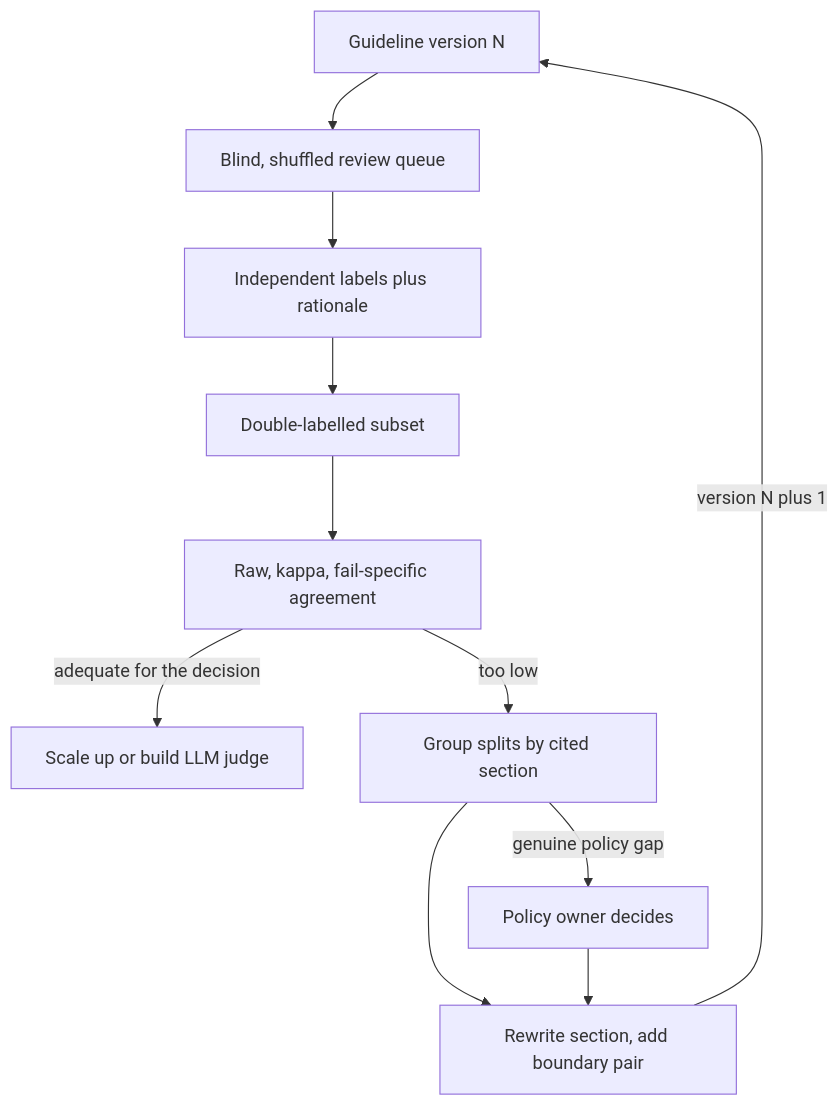
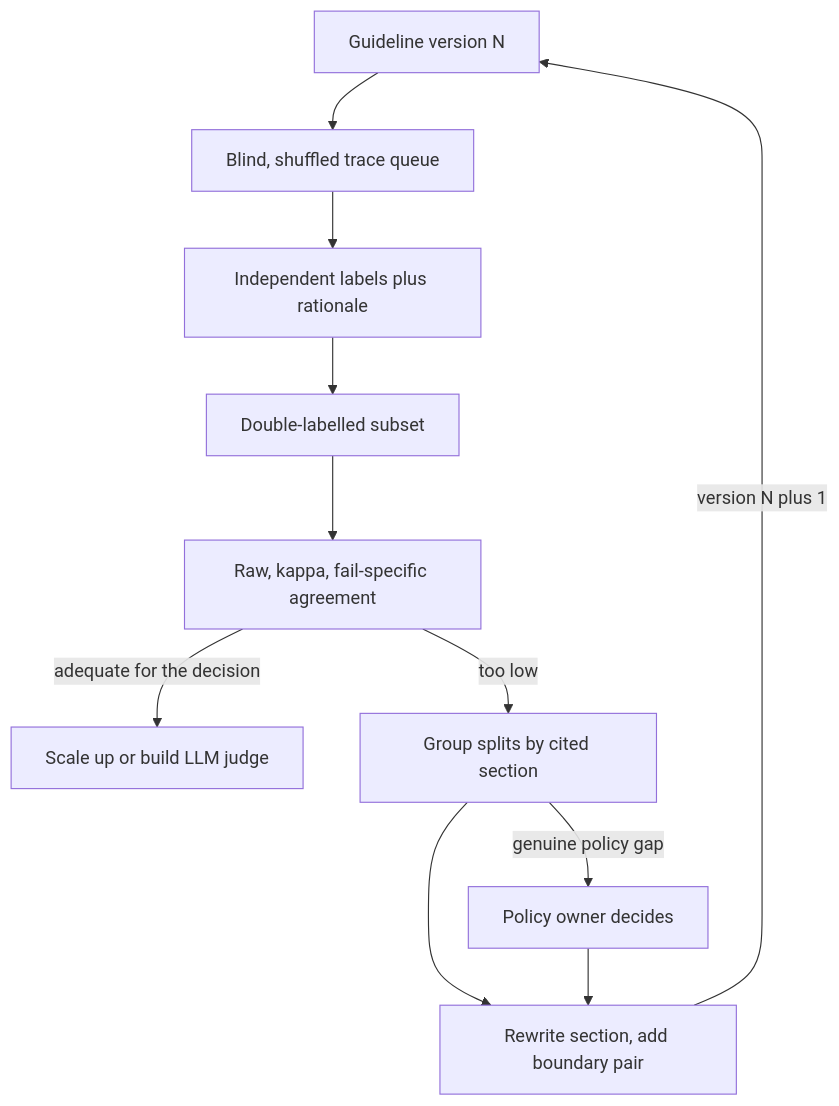
Before and after one commit to lovishmahajan97/agentic-learning: the diagram in content/customer-data-evaluation/sme-review-and-annotation-guidelines.md, drawn with Mermaid. The commit also changed other lines of this file and 454 other files, not shown here.

````diff
--- a/content/customer-data-evaluation/sme-review-and-annotation-guidelines.md
+++ b/content/customer-data-evaluation/sme-review-and-annotation-guidelines.md
@@ -100,13 +123,13 @@
 ```mermaid
 flowchart TD
-    G["Guideline version N"] --> Q["Blind, shuffled review queue"]
+    G["Guideline version N"] --> Q["Blind, shuffled trace queue"]
     Q --> L["Independent labels plus rationale"]
     L --> S["Double-labelled subset"]
     S --> K["Raw, kappa, fail-specific agreement"]
     K -->|"adequate for the decision"| U["Scale up or build LLM judge"]
     K -->|"too low"| A["Group splits by cited section"]
     A --> R["Rewrite section, add boundary pair"]
     R -->|"version N plus 1"| G
     A -->|"genuine policy gap"| P["Policy owner decides"]
     P --> R
 ```
````
